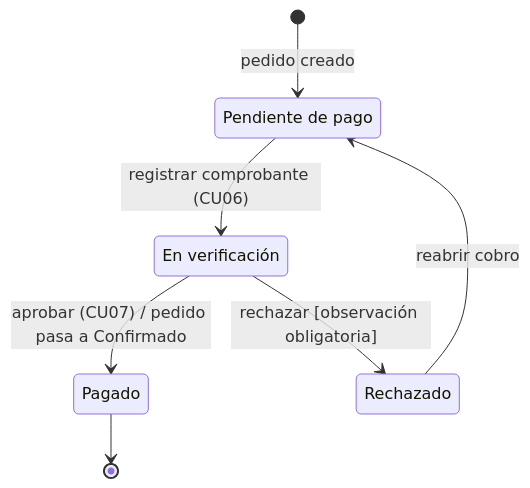
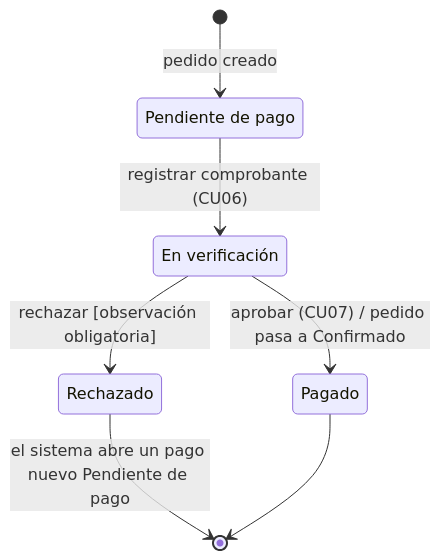
One commit to Anton10-AR/DulcesAromas changed diagram 12 of 12 in docs/04-modelos-uml.md. Above: the diagram before and after it, drawn with Mermaid. The commit also changed other lines of this file and 2 other files, not shown here.

Commit message:
Docs: un pago rechazado queda Rechazado y se abre uno nuevo; las verificaciones van en su propia tabla; el tema se elige con un botón (CU06, CU07, RN07, RNF08)

````diff
--- a/docs/04-modelos-uml.md
+++ b/docs/04-modelos-uml.md
@@ -578,11 +578,11 @@
 ```mermaid
 stateDiagram-v2
   [*] --> PendienteDePago : pedido creado
   PendienteDePago --> EnVerificacion : registrar comprobante (CU06)
   EnVerificacion --> Pagado : aprobar (CU07) / pedido pasa a Confirmado
   EnVerificacion --> Rechazado : rechazar [observación obligatoria]
-  Rechazado --> PendienteDePago : reabrir cobro
+  Rechazado --> [*] : el sistema abre un pago nuevo Pendiente de pago
   Pagado --> [*]
   PendienteDePago : Pendiente de pago
   EnVerificacion : En verificación
 ```
````
